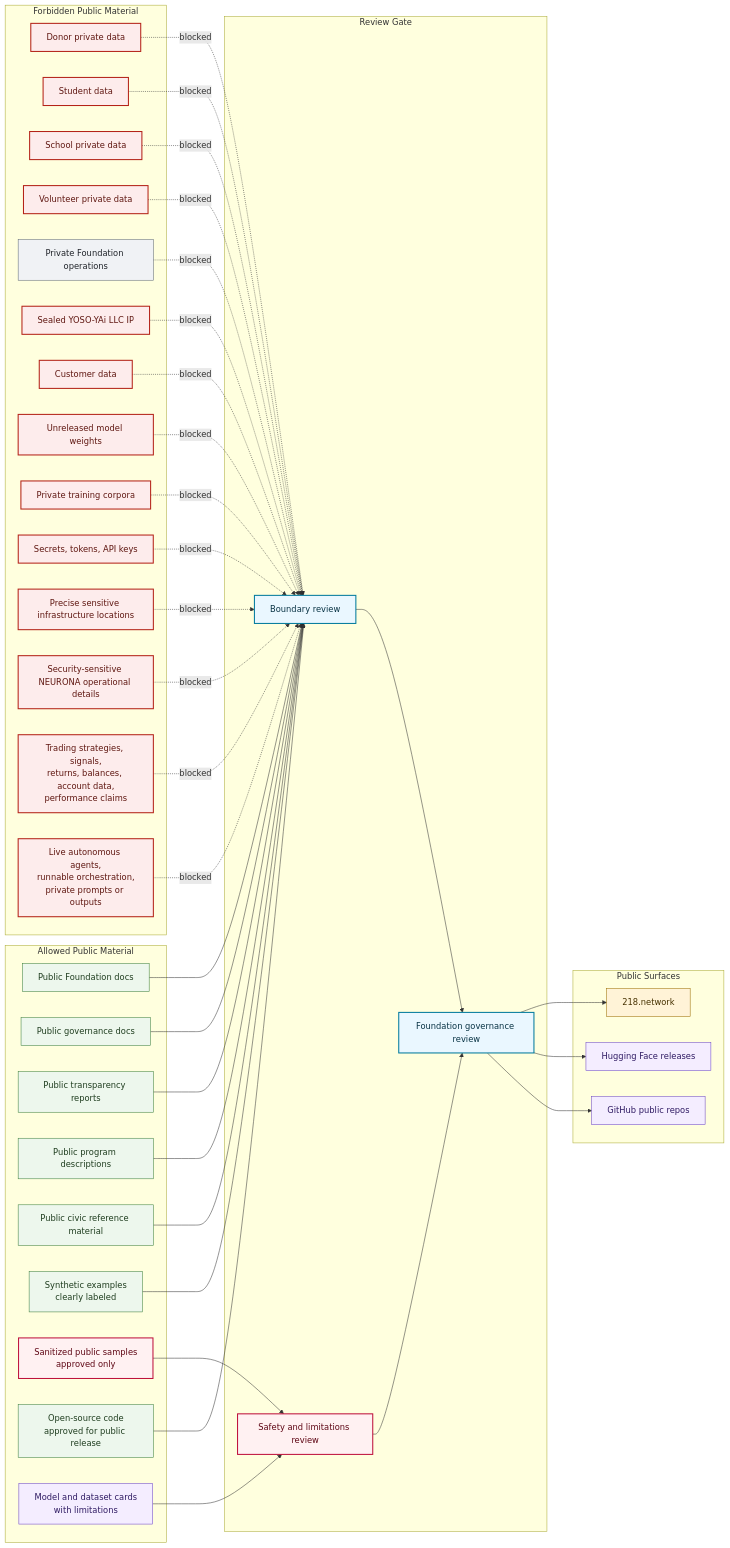
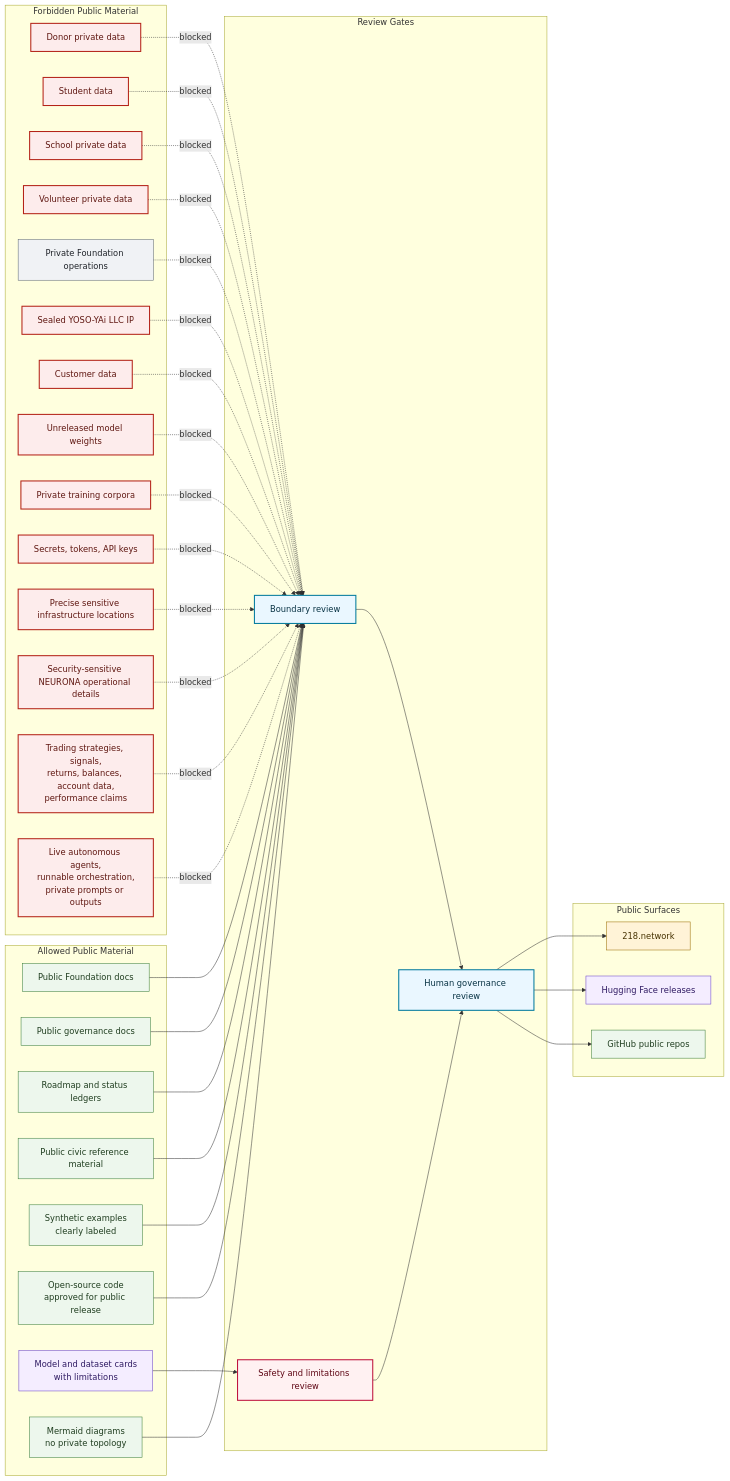
The third of 3 diagrams in VISUALS.md (K-ussade/K-ussade), drawn with Mermaid before and after one commit. The commit also changed other lines of this file and 2 other files, not shown here.

Commit message:
Polish K-ussade public profile pins

````diff
--- a/VISUALS.md
+++ b/VISUALS.md
@@ -72,81 +100,79 @@
 ```mermaid
 flowchart LR
   subgraph allowed["Allowed Public Material"]
     publicDocs["Public Foundation docs"]:::public
     governanceDocs["Public governance docs"]:::public
-    reports["Public transparency reports"]:::public
-    programs["Public program descriptions"]:::public
+    roadmapDocs["Roadmap and status ledgers"]:::public
     civicRef["Public civic reference material"]:::public
     synthetic["Synthetic examples<br/>clearly labeled"]:::public
-    sanitized["Sanitized public samples<br/>approved only"]:::risk
     approvedCode["Open-source code<br/>approved for public release"]:::public
     cards["Model and dataset cards<br/>with limitations"]:::release
+    diagrams["Mermaid diagrams<br/>no private topology"]:::public
   end
 
   subgraph forbidden["Forbidden Public Material"]
     donor["Donor private data"]:::sealed
     student["Student data"]:::sealed
     school["School private data"]:::sealed
     volunteer["Volunteer private data"]:::sealed
     ops["Private Foundation operations"]:::private
     companyIP["Sealed YOSO-YAi LLC IP"]:::sealed
     customer["Customer data"]:::sealed
     weights["Unreleased model weights"]:::sealed
     corpora["Private training corpora"]:::sealed
     secrets["Secrets, tokens, API keys"]:::sealed
     infra["Precise sensitive infrastructure locations"]:::sealed
     neurona["Security-sensitive NEURONA operational details"]:::sealed
     trading["Trading strategies, signals,<br/>returns, balances, account data,<br/>performance claims"]:::sealed
     autonomous["Live autonomous agents,<br/>runnable orchestration,<br/>private prompts or outputs"]:::sealed
   end
 
-  subgraph gate["Review Gate"]
+  subgraph gates["Review Gates"]
     boundary["Boundary review"]:::authority
     safety["Safety and limitations review"]:::risk
-    governance["Foundation governance review"]:::authority
+    governance["Human governance review"]:::authority
   end
 
   subgraph surfaces["Public Surfaces"]
-    github["GitHub public repos"]:::release
+    github["GitHub public repos"]:::public
     hf["Hugging Face releases"]:::release
     web["218.network"]:::foundation
   end
 
   publicDocs --> boundary
   governanceDocs --> boundary
-  reports --> boundary
-  programs --> boundary
+  roadmapDocs --> boundary
   civicRef --> boundary
   synthetic --> boundary
-  sanitized --> safety
   approvedCode --> boundary
   cards --> safety
+  diagrams --> boundary
   boundary --> governance
   safety --> governance
   governance --> github
   governance --> hf
   governance --> web
 
   donor -. blocked .-> boundary
   student -. blocked .-> boundary
   school -. blocked .-> boundary
   volunteer -. blocked .-> boundary
   ops -. blocked .-> boundary
   companyIP -. blocked .-> boundary
   customer -. blocked .-> boundary
   weights -. blocked .-> boundary
   corpora -. blocked .-> boundary
   secrets -. blocked .-> boundary
   infra -. blocked .-> boundary
   neurona -. blocked .-> boundary
   trading -. blocked .-> boundary
   autonomous -. blocked .-> boundary
 
   classDef foundation fill:#fff3d7,stroke:#9a6b00,color:#463100;
   classDef public fill:#edf7ed,stroke:#3a7d3a,color:#1f3d1f;
   classDef private fill:#f0f2f5,stroke:#5d6673,color:#20242a;
   classDef sealed fill:#fdecec,stroke:#b42318,stroke-width:2px,color:#5f1711;
   classDef release fill:#f4edff,stroke:#6941c6,color:#2f1b63;
   classDef authority fill:#eaf7ff,stroke:#027a9d,stroke-width:2px,color:#083344;
   classDef risk fill:#fff1f2,stroke:#be123c,stroke-width:2px,color:#5f0715;
 ```
````
